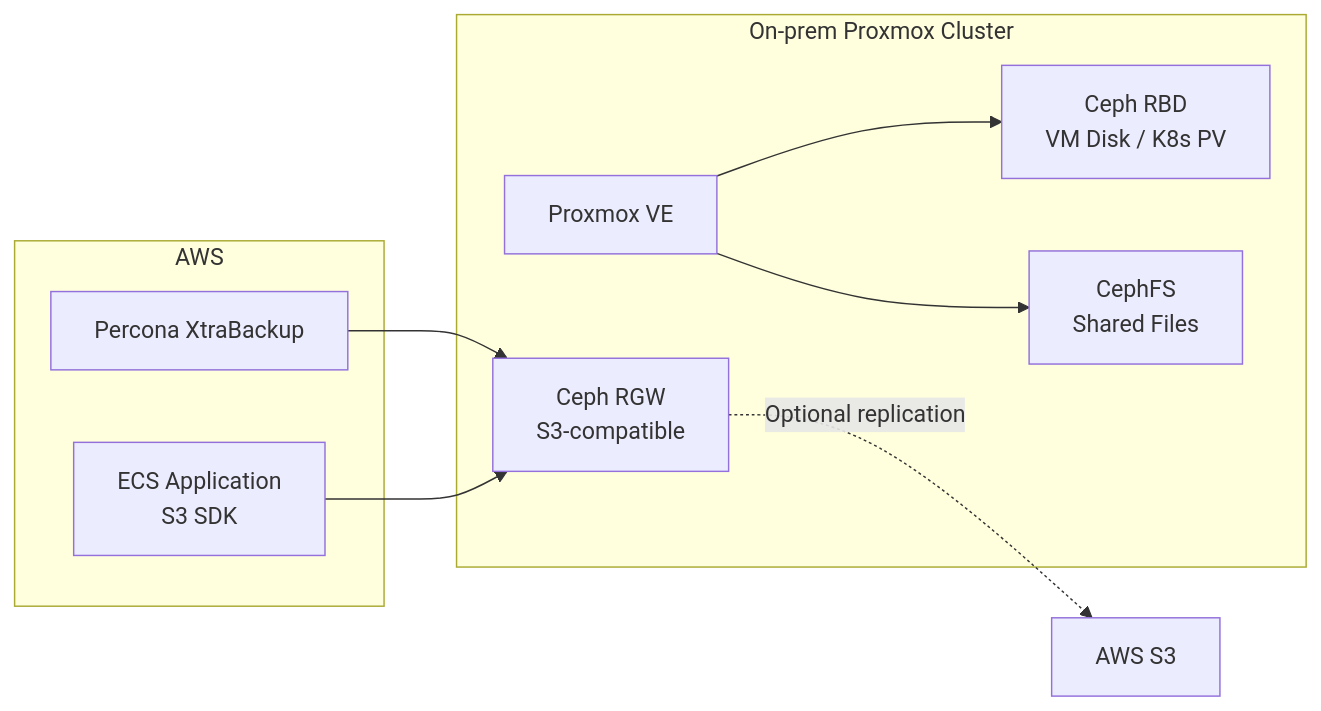
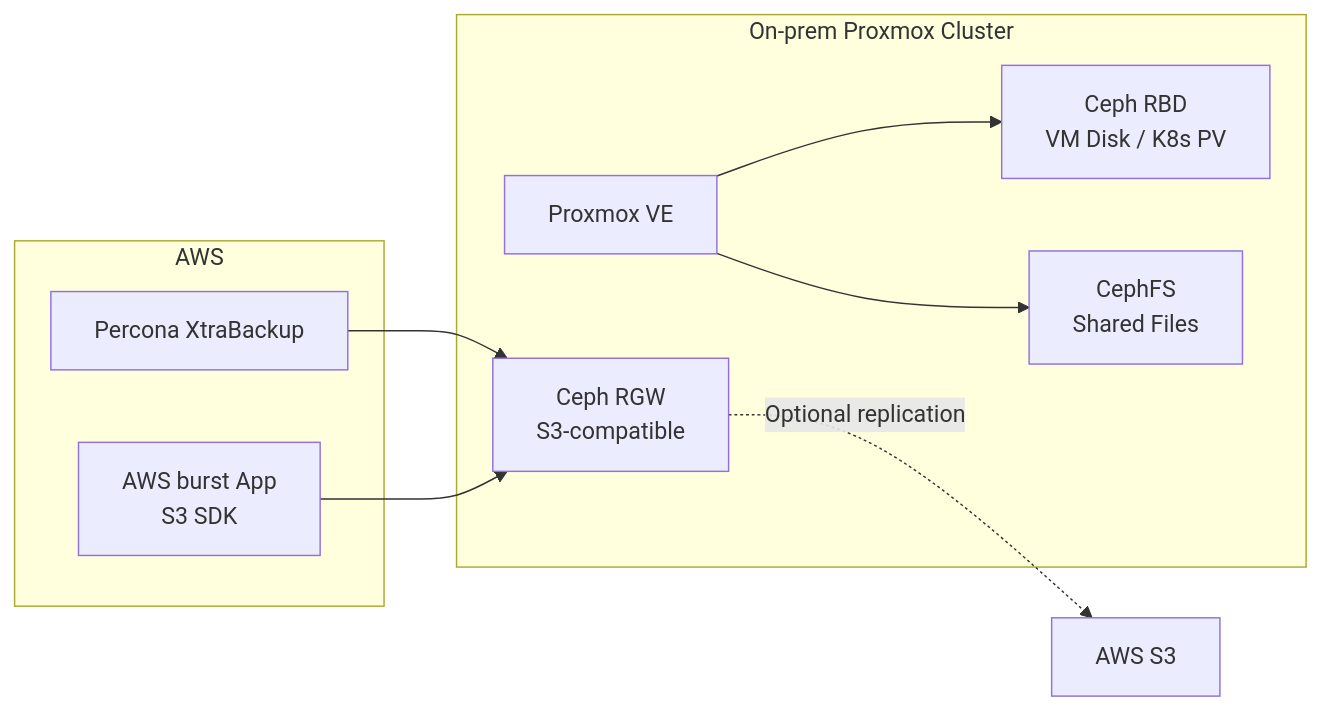
One commit to KosaCloudTeam2/infra-platform changed the fourth of 7 diagrams in docs/01_architecture.md. Above: the diagram before and after it, drawn with Mermaid. The commit also changed other lines of this file and 35 other files, not shown here.

````diff
--- a/docs/01_architecture.md
+++ b/docs/01_architecture.md
@@ -437,20 +454,20 @@
 ```mermaid
 flowchart LR
     subgraph AWS["AWS"]
         XtraBackup["Percona XtraBackup"]
-        App["ECS Application<br/>S3 SDK"]
+        App["AWS burst App<br/>S3 SDK"]
     end
 
     subgraph ProxmoxCluster["On-prem Proxmox Cluster"]
         Proxmox["Proxmox VE"]
         RGW["Ceph RGW<br/>S3-compatible"]
         RBD["Ceph RBD<br/>VM Disk / K8s PV"]
         CephFS["CephFS<br/>Shared Files"]
     end
 
     XtraBackup --> RGW
     App --> RGW
     Proxmox --> RBD
     Proxmox --> CephFS
     RGW -. "Optional replication" .-> S3["AWS S3"]
 ```
````
